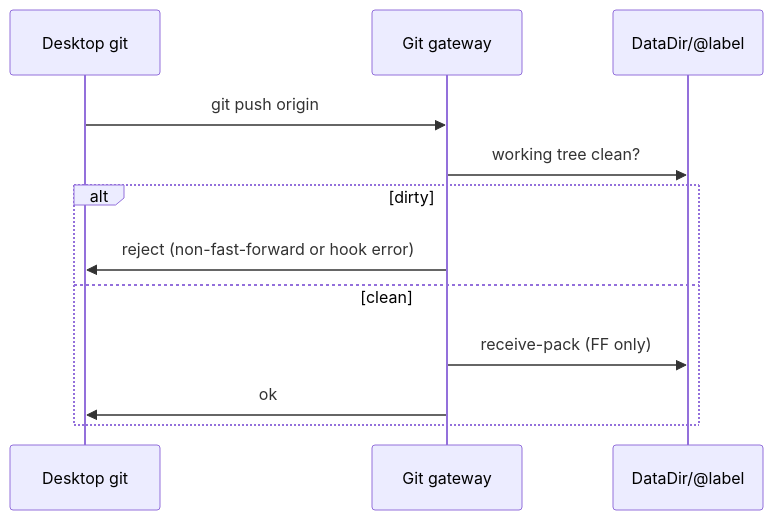
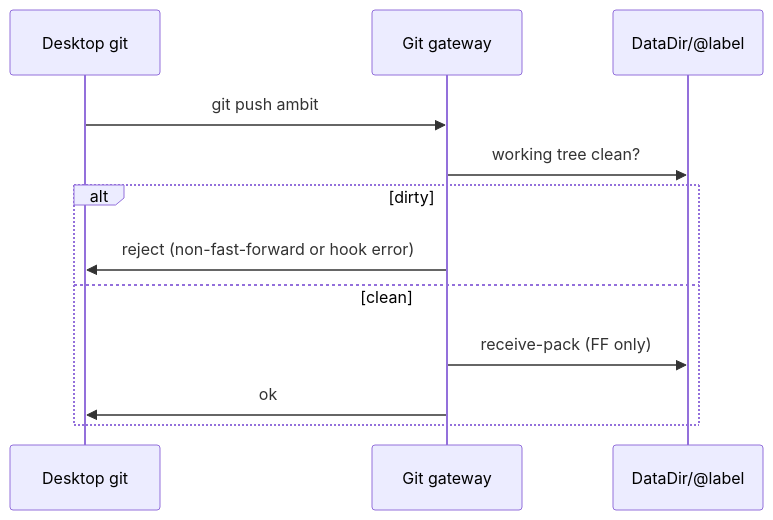
The second of 2 diagrams in doc/roadmap/git-sync-gateway.md (abaljeu/ambit), drawn with Mermaid before and after one commit. The commit also changed other lines of this file and 36 other files, not shown here.

````diff
--- a/doc/roadmap/git-sync-gateway.md
+++ b/doc/roadmap/git-sync-gateway.md
@@ -83,16 +84,16 @@
 ```mermaid
 %%{init: {'themeVariables': {'fontSize': '20px'}}}%%
 sequenceDiagram
   participant Client as Desktop git
   participant GW as Git gateway
   participant FS as DataDir/@label
 
-  Client->>GW: git push origin
+  Client->>GW: git push ambit
   GW->>FS: working tree clean?
   alt dirty
     GW->>Client: reject (non-fast-forward or hook error)
   else clean
     GW->>FS: receive-pack (FF only)
     GW->>Client: ok
   end
 ```
````
